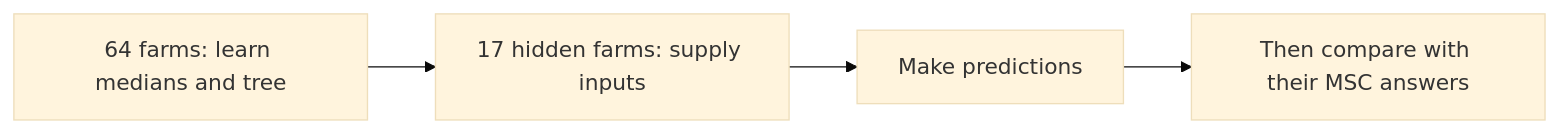
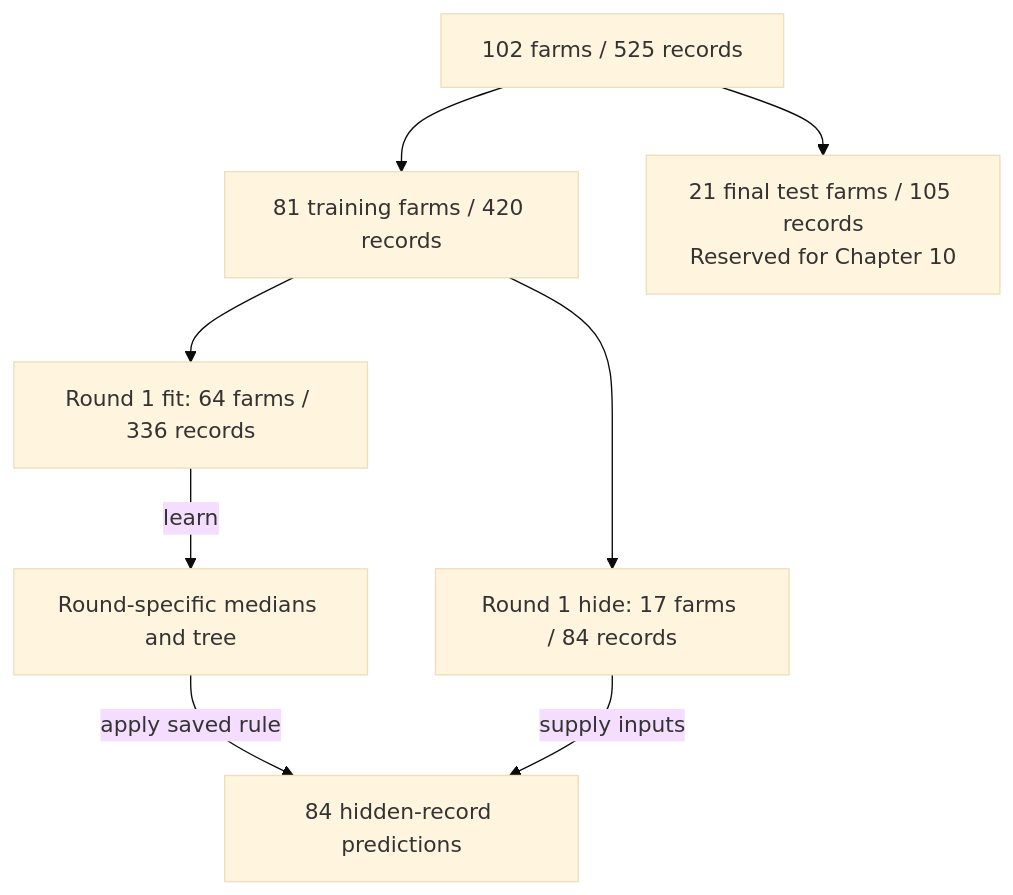
The diagram in authoring/09-choose-tree.md (nedchen2/MicrobialML), drawn with Mermaid (base theme) before and after one commit. The commit also changed other lines of this file and 31 other files, not shown here.

````diff
--- a/authoring/09-choose-tree.md
+++ b/authoring/09-choose-tree.md
@@ -47,8 +49,12 @@
 ```mermaid
-flowchart LR
-    accTitle: One Training Validation Round
-    accDescr: In round one, four batches with 64 training farms fit a tree and learn missing-input references. The tree predicts a hidden batch of 17 training farms, whose outcomes are used only to calculate prediction errors.
-    fitting_farms["64 farms: learn medians and tree"] --> hidden_inputs["17 hidden farms: supply inputs"]
-    hidden_inputs --> predictions["Make predictions"]
-    predictions --> compare_answers["Then compare with their MSC answers"]
+flowchart TB
+    accTitle: Whole Farms And One Validation Round
+    accDescr: The 102 farms are split into 81 training and 21 final test farms. In validation round one, 64 training farms fit the medians and tree; 17 other training farms supply hidden inputs. Their predictions are checked, while the 21 final test farms stay outside selection.
+    all_farms["102 farms / 525 records"] --> training_farms["81 training farms / 420 records"]
+    all_farms --> final_test["21 final test farms / 105 records<br/>Reserved for Chapter 10"]
+    training_farms --> fitting_farms["Round 1 fit: 64 farms / 336 records"]
+    training_farms --> validation_farms["Round 1 hide: 17 farms / 84 records"]
+    fitting_farms -->|learn| round_model["Round-specific medians and tree"]
+    round_model -->|apply saved rule| round_predictions["84 hidden-record predictions"]
+    validation_farms -->|supply inputs| round_predictions
 ```
````
